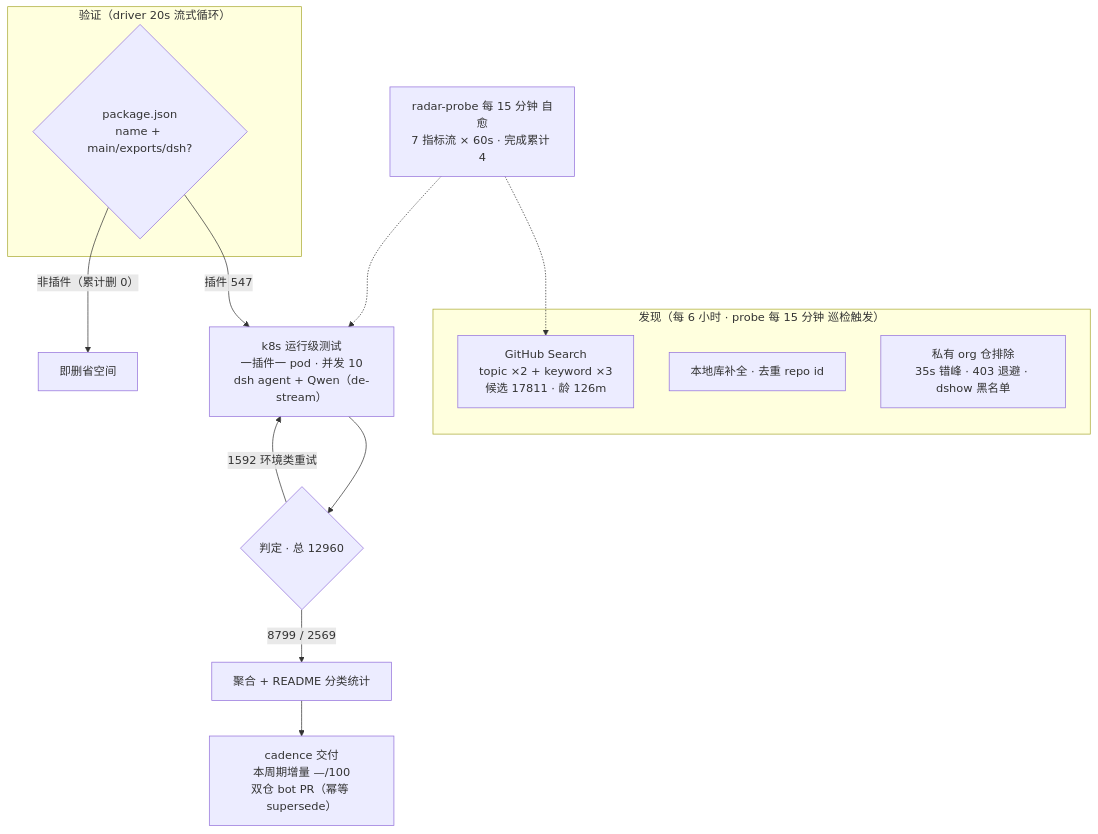
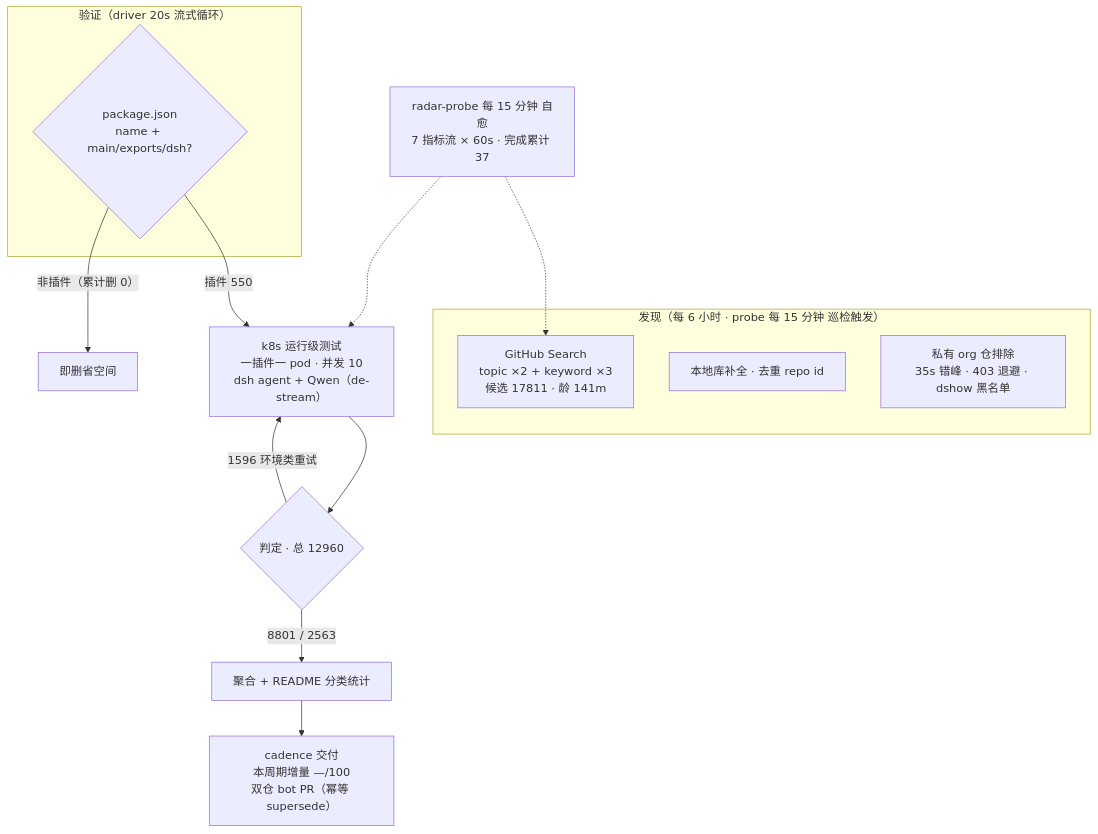
The diagram in README.md (AdamPlatin123/awesome-dsh-plugins), drawn with Mermaid before and after one commit. The commit also changed other lines of this file and 5 other files, not shown here.

````diff
--- a/README.md
+++ b/README.md
@@ -52,20 +52,20 @@
 ```mermaid
 flowchart TB
     subgraph Discovery["发现（每 6 小时 · probe 每 15 分钟 巡检触发）"]
-        A1["GitHub Search<br/>topic ×2 + keyword ×3<br/>候选 17811 · 龄 126m"]
+        A1["GitHub Search<br/>topic ×2 + keyword ×3<br/>候选 17811 · 龄 141m"]
         A2["本地库补全 · 去重 repo id"]
         A3["私有 org 仓排除<br/>35s 错峰 · 403 退避 · dshow 黑名单"]
     end
     subgraph Validation["验证（driver 20s 流式循环）"]
         B1{"package.json<br/>name + main/exports/dsh?"}
     end
-    B1 -->|"插件 547"| C1["k8s 运行级测试<br/>一插件一 pod · 并发 10<br/>dsh agent + Qwen（de-stream）"]
+    B1 -->|"插件 550"| C1["k8s 运行级测试<br/>一插件一 pod · 并发 10<br/>dsh agent + Qwen（de-stream）"]
     B1 -->|"非插件（累计删 0）"| B3["即删省空间"]
     C1 --> D1{"判定 · 总 12960"}
-    D1 -->|"8799 / 2569"| E1["聚合 + README 分类统计"]
-    D1 -->|"1592 环境类重试"| C1
+    D1 -->|"8801 / 2563"| E1["聚合 + README 分类统计"]
+    D1 -->|"1596 环境类重试"| C1
     E1 --> E2["cadence 交付<br/>本周期增量 —/100<br/>双仓 bot PR（幂等 supersede）"]
-    M["radar-probe 每 15 分钟 自愈<br/>7 指标流 × 60s · 完成累计 4"]
+    M["radar-probe 每 15 分钟 自愈<br/>7 指标流 × 60s · 完成累计 37"]
     M -.-> A1
     M -.-> C1
 ```
````
